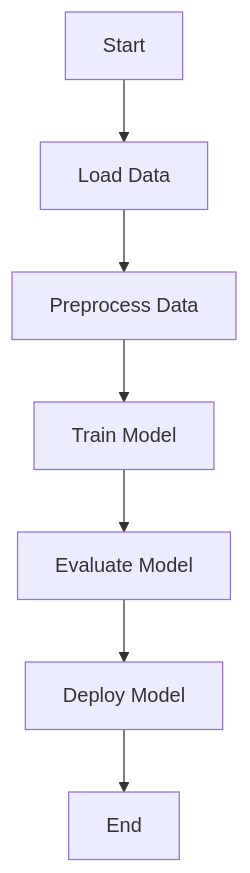
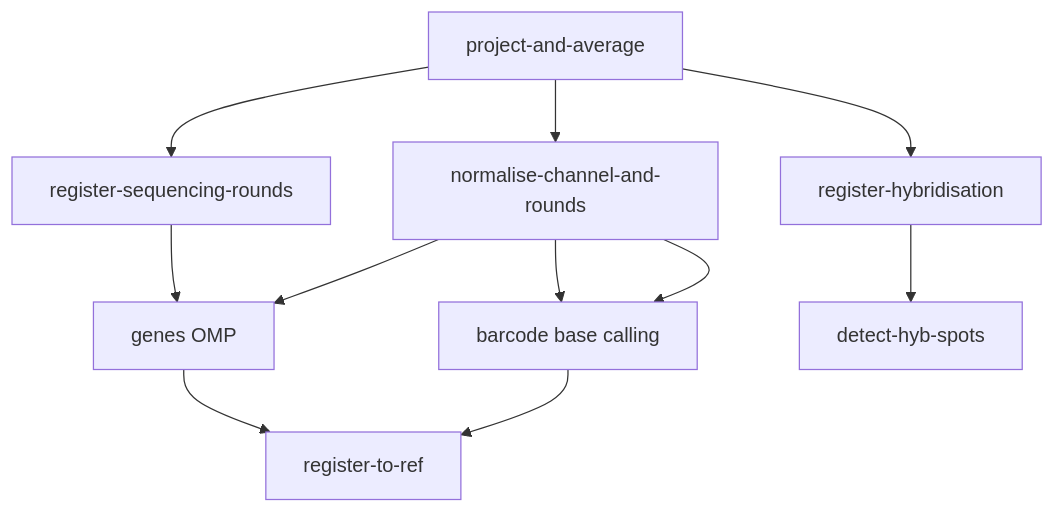
The diagram in docs/iss_flow_chart.md (znamlab/iss-preprocess), drawn with Mermaid before and after one commit.

Commit message:
[doc] clean flow chart

````diff
--- a/docs/iss_flow_chart.md
+++ b/docs/iss_flow_chart.md
@@ -1,9 +1,13 @@
 ```mermaid
 graph TD;
-    A[Start] --> B[Load Data];
-    B --> C[Preprocess Data];
-    C --> D[Train Model];
-    D --> E[Evaluate Model];
-    E --> F[Deploy Model];
-    F --> G[End];
+    A[project-and-average] --> B[register-sequencing-rounds];
+    A --> C[normalise-channel-and-rounds];
+    A --> D[register-hybridisation];
+    D --> E[detect-hyb-spots];
+    C --> F[genes OMP];
+    B --> F;
+    C --> G[barcode base calling];
+    C --> G;
+    F --> H[register-to-ref];
+    G --> H;
 ```
````
